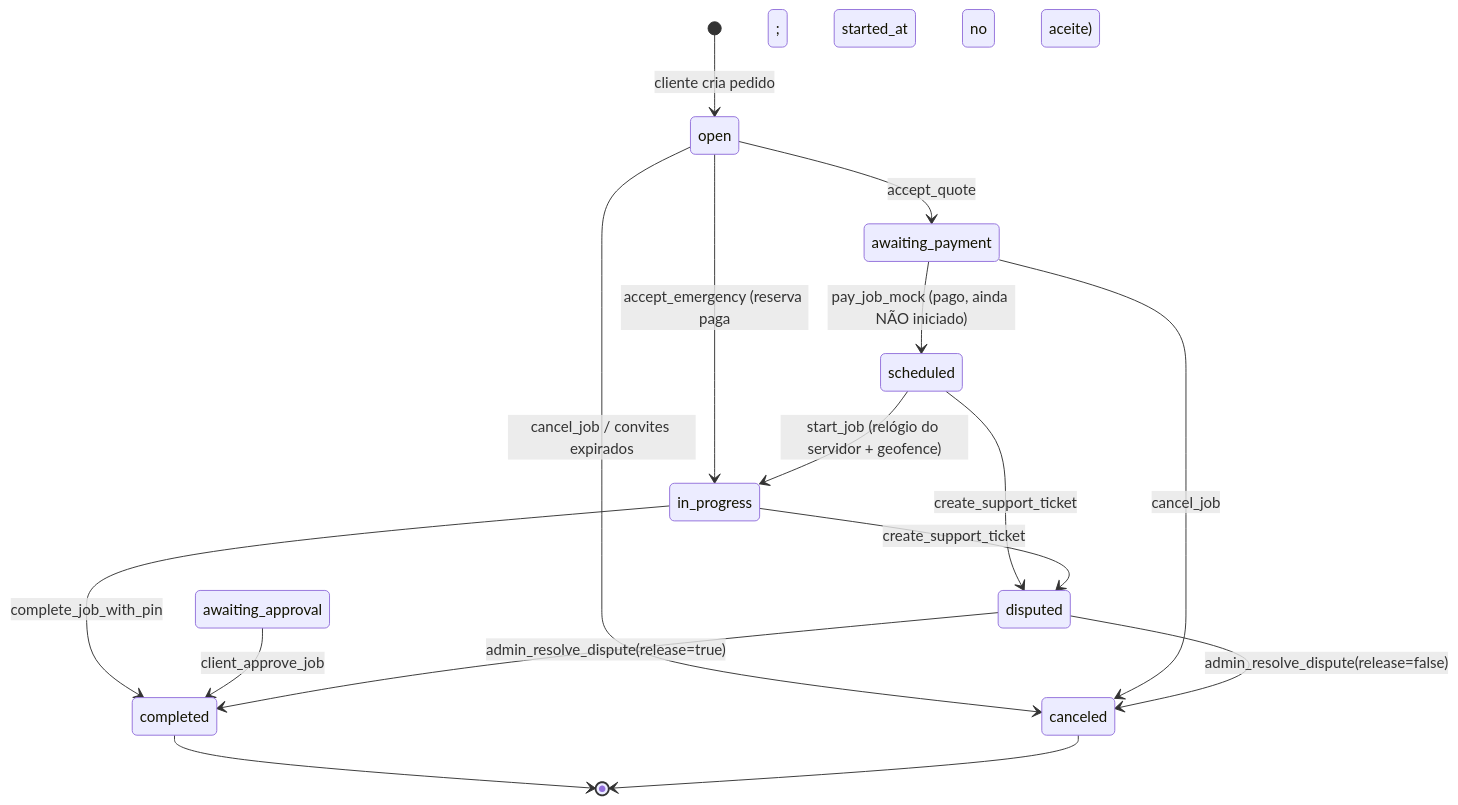
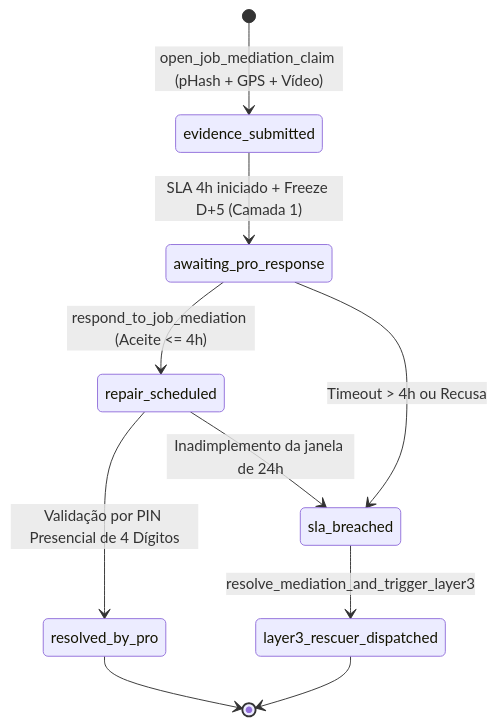
One commit to WagnerxOliveira/DesperrengueApp_TAI3 changed the second of 2 diagrams in docs/ARCHITECTURE.md. Above: the diagram before and after it, drawn with Mermaid. The commit also changed other lines of this file and 25 other files, not shown here.

Commit message:
docs(scientific-spec): update all markdown documentation with 3-layer warranty escrow, O(1)/O(log N) antifraud architecture and active biometric/OCR KYC

````diff
--- a/docs/ARCHITECTURE.md
+++ b/docs/ARCHITECTURE.md
@@ -306,18 +84,12 @@
 ```mermaid
 stateDiagram-v2
-    [*] --> open : cliente cria pedido
-    open --> awaiting_payment : accept_quote
-    open --> in_progress : accept_emergency (reserva paga; started_at no aceite)
-    open --> canceled : cancel_job / convites expirados
-    awaiting_payment --> scheduled : pay_job_mock (pago, ainda NÃO iniciado)
-    scheduled --> in_progress : start_job (relógio do servidor + geofence)
-    scheduled --> disputed : create_support_ticket
-    awaiting_payment --> canceled : cancel_job
-    in_progress --> completed : complete_job_with_pin
-    in_progress --> disputed : create_support_ticket
-    awaiting_approval --> completed : client_approve_job
-    disputed --> completed : admin_resolve_dispute(release=true)
-    disputed --> canceled : admin_resolve_dispute(release=false)
-    completed --> [*]
-    canceled --> [*]
+    [*] --> evidence_submitted : open_job_mediation_claim (pHash + GPS + Vídeo)
+    evidence_submitted --> awaiting_pro_response : SLA 4h iniciado + Freeze D+5 (Camada 1)
+    awaiting_pro_response --> repair_scheduled : respond_to_job_mediation (Aceite <= 4h)
+    awaiting_pro_response --> sla_breached : Timeout > 4h ou Recusa
+    repair_scheduled --> resolved_by_pro : Validação por PIN Presencial de 4 Dígitos
+    repair_scheduled --> sla_breached : Inadimplemento da janela de 24h
+    sla_breached --> layer3_rescuer_dispatched : resolve_mediation_and_trigger_layer3
+    resolved_by_pro --> [*]
+    layer3_rescuer_dispatched --> [*]
 ```
````
